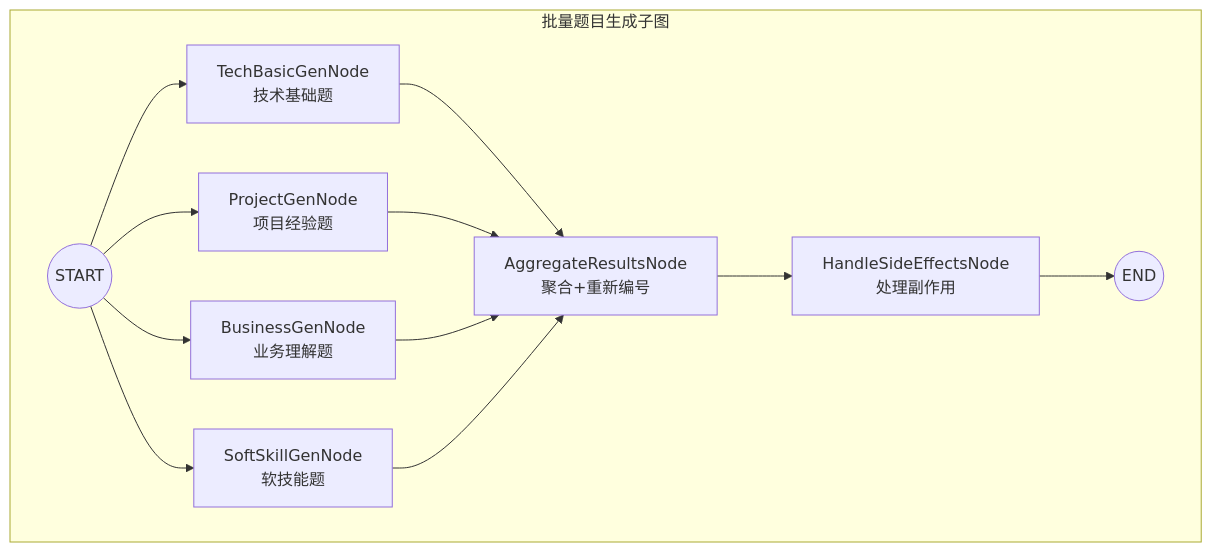
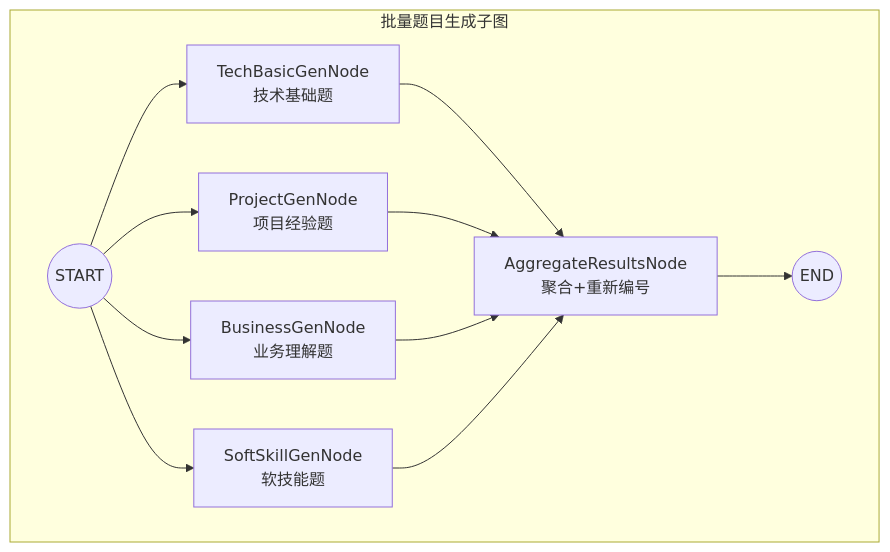
Before and after one commit to zunff/interview-agent: the second of 5 diagrams in README.md, drawn with Mermaid. The commit also changed 10 other files, not shown here.

````diff
--- a/README.md
+++ b/README.md
@@ -64,19 +64,18 @@
 ```mermaid
 graph TD
     BATCH_START((START))
 
     subgraph BatchQuestionSubgraph[批量题目生成子图]
         BATCH_START --> TECH_BASIC[TechBasicGenNode<br/>技术基础题]
         BATCH_START --> PROJECT[ProjectGenNode<br/>项目经验题]
         BATCH_START --> BUSINESS[BusinessGenNode<br/>业务理解题]
         BATCH_START --> SOFT_SKILL[SoftSkillGenNode<br/>软技能题]
 
         TECH_BASIC --> AGG[AggregateResultsNode<br/>聚合+重新编号]
         PROJECT --> AGG
         BUSINESS --> AGG
         SOFT_SKILL --> AGG
 
-        AGG --> SIDE_EFFECTS[HandleSideEffectsNode<br/>处理副作用]
-        SIDE_EFFECTS --> BATCH_END((END))
+        AGG --> BATCH_END((END))
     end
 ```
````
